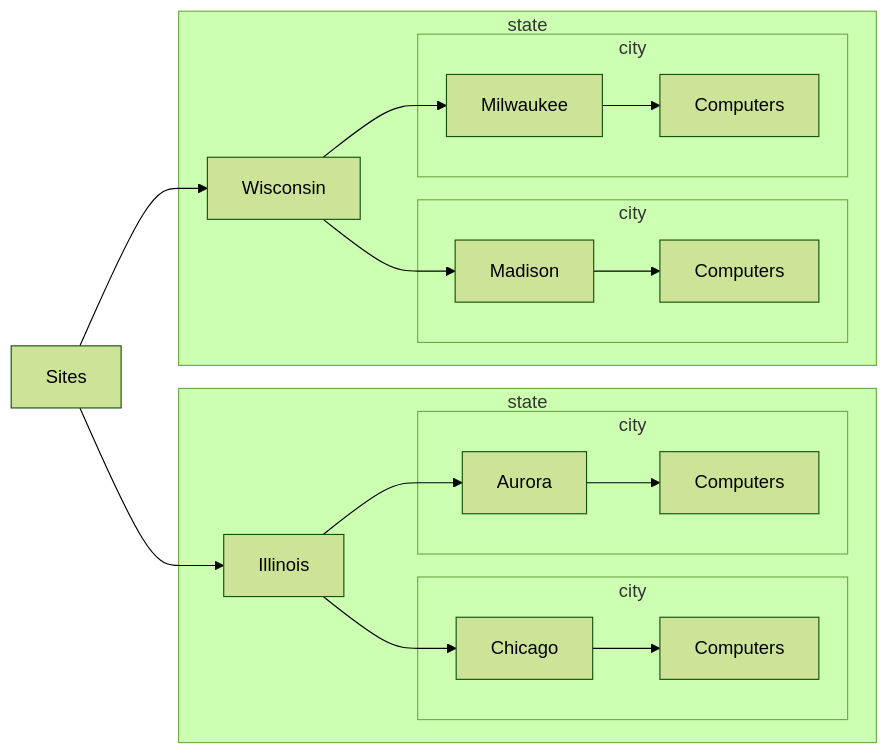
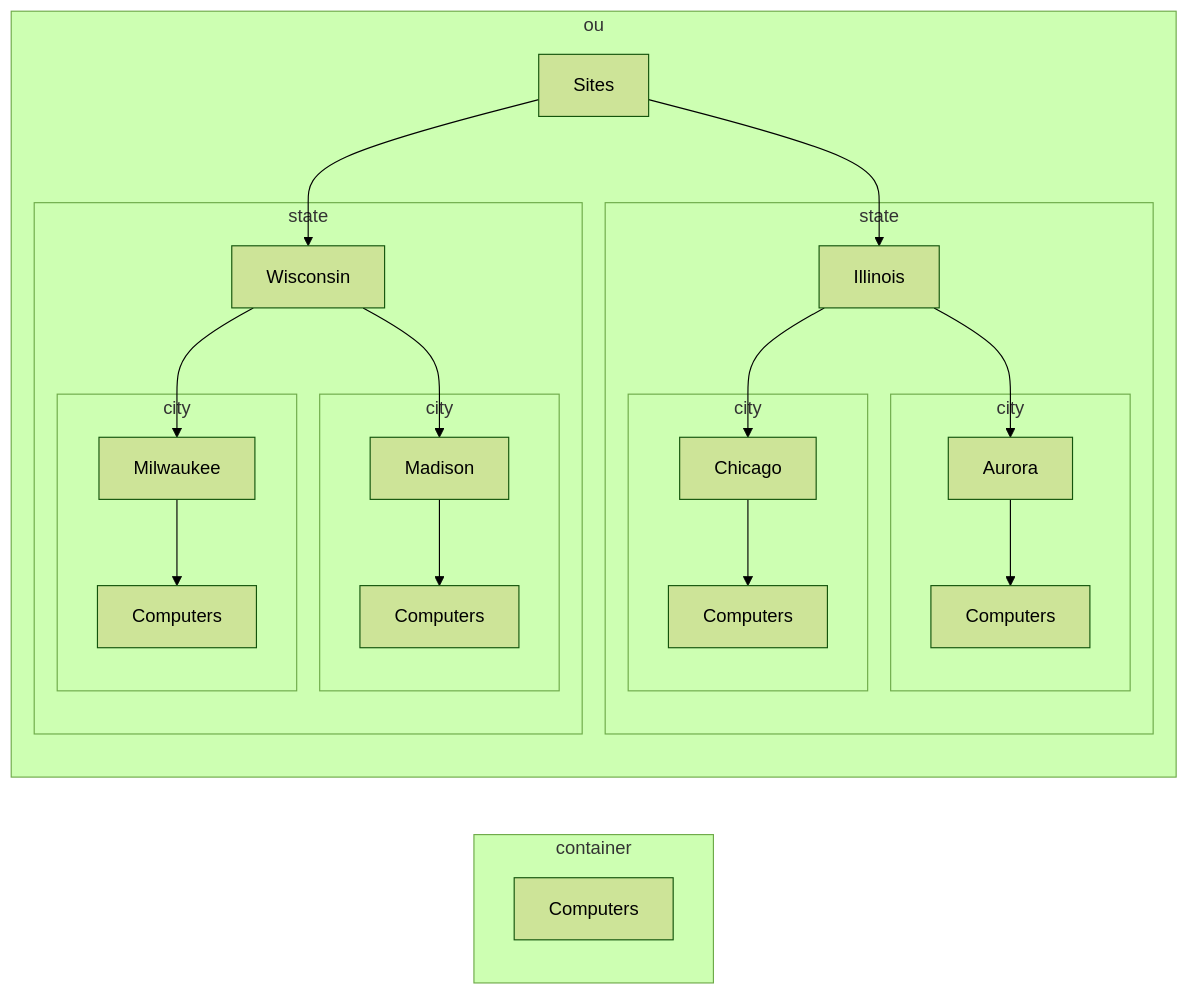
Before and after one commit to emerconnelly/sysadmin: the diagram in powershell-scripts/Move-ComputersByStateSiteCode/README.md, drawn with Mermaid (forest theme).

````diff
--- a/powershell-scripts/Move-ComputersByStateSiteCode/README.md
+++ b/powershell-scripts/Move-ComputersByStateSiteCode/README.md
@@ -24,25 +24,30 @@
 ```mermaid
 flowchart LR
-    Sites --> Illinois
-      subgraph state1[state]
-      Illinois --> Chicago
-        subgraph city1[city]
-        Chicago --> computer1[Computers]
+        subgraph container1[container]
+        Computers
         end
-      Illinois --> Aurora
-        subgraph city2[city]
-        Aurora --> computer2[Computers]
+        subgraph ou1[ou]
+        Sites --> Illinois
+            subgraph state1[state]
+            Illinois --> Chicago
+                subgraph city1[city]
+                Chicago --> computer1[Computers]
+                end
+            Illinois --> Aurora
+                subgraph city2[city]
+                Aurora --> computer2[Computers]
+                end
+            end
+        Sites --> Wisconsin
+            subgraph state2[state]
+            Wisconsin --> Madison
+                subgraph city3[city]
+                Madison --> computer3[Computers]
+                end
+            Wisconsin --> Milwaukee
+                subgraph city4[city]
+                Milwaukee --> computer4[Computers]
+                end
+            end
         end
-      end
-    Sites --> Wisconsin
-      subgraph state2[state]
-      Wisconsin --> Madison
-        subgraph city3[city]
-        Madison --> computer3[Computers]
-        end
-      Wisconsin --> Milwaukee
-        subgraph city4[city]
-        Milwaukee --> computer4[Computers]
-        end
-      end
 ```
````
